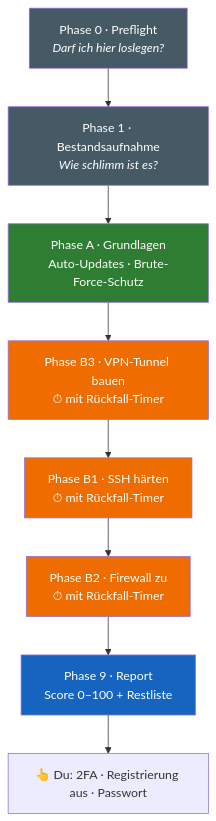
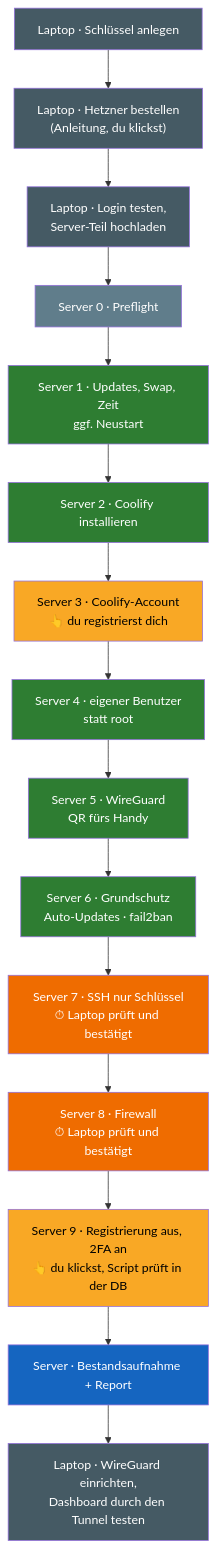
The fourth of 5 diagrams in README.md (oliverhees/coolify-shield), drawn with Mermaid before and after one commit. The commit also changed other lines of this file and 1 other file, not shown here.

Commit message:
docs: README und ANFAENGER auf den Anfänger-Weg (start.sh/start.ps1, --setup, WireGuard, DOCKER-USER) umgestellt

````diff
--- a/README.md
+++ b/README.md
@@ -255,17 +312,32 @@
 ```mermaid
 flowchart TD
-    P0["Phase 0 · Preflight<br/><i>Darf ich hier loslegen?</i>"] --> P1["Phase 1 · Bestandsaufnahme<br/><i>Wie schlimm ist es?</i>"]
-    P1 --> PA["Phase A · Grundlagen<br/>Auto-Updates · Brute-Force-Schutz"]
-    PA --> B3["Phase B3 · VPN-Tunnel bauen<br/>⏱ mit Rückfall-Timer"]
-    B3 --> B1["Phase B1 · SSH härten<br/>⏱ mit Rückfall-Timer"]
-    B1 --> B2["Phase B2 · Firewall zu<br/>⏱ mit Rückfall-Timer"]
-    B2 --> P9["Phase 9 · Report<br/>Score 0–100 + Restliste"]
-    P9 --> DU["👆 Du: 2FA · Registrierung aus · Passwort"]
-    style P0 fill:#455a64,color:#fff
-    style P1 fill:#455a64,color:#fff
-    style PA fill:#2e7d32,color:#fff
-    style B3 fill:#ef6c00,color:#fff
-    style B1 fill:#ef6c00,color:#fff
-    style B2 fill:#ef6c00,color:#fff
-    style P9 fill:#1565c0,color:#fff
+    L1["Laptop · Schlüssel anlegen"] --> L2["Laptop · Hetzner bestellen<br/>(Anleitung, du klickst)"]
+    L2 --> L3["Laptop · Login testen,<br/>Server-Teil hochladen"]
+    L3 --> P0["Server 0 · Preflight"]
+    P0 --> P1["Server 1 · Updates, Swap, Zeit<br/>ggf. Neustart"]
+    P1 --> P2["Server 2 · Coolify installieren"]
+    P2 --> P3["Server 3 · Coolify-Account<br/>👆 du registrierst dich"]
+    P3 --> P4["Server 4 · eigener Benutzer<br/>statt root"]
+    P4 --> P5["Server 5 · WireGuard<br/>QR fürs Handy"]
+    P5 --> P6["Server 6 · Grundschutz<br/>Auto-Updates · fail2ban"]
+    P6 --> P7["Server 7 · SSH nur Schlüssel<br/>⏱ Laptop prüft und bestätigt"]
+    P7 --> P8["Server 8 · Firewall<br/>⏱ Laptop prüft und bestätigt"]
+    P8 --> P9["Server 9 · Registrierung aus, 2FA an<br/>👆 du klickst, Script prüft in der DB"]
+    P9 --> R["Server · Bestandsaufnahme + Report"]
+    R --> L5["Laptop · WireGuard einrichten,<br/>Dashboard durch den Tunnel testen"]
+    style L1 fill:#455a64,color:#fff
+    style L2 fill:#455a64,color:#fff
+    style L3 fill:#455a64,color:#fff
+    style L5 fill:#455a64,color:#fff
+    style P0 fill:#607d8b,color:#fff
+    style P1 fill:#2e7d32,color:#fff
+    style P2 fill:#2e7d32,color:#fff
+    style P3 fill:#f9a825,color:#000
+    style P4 fill:#2e7d32,color:#fff
+    style P5 fill:#2e7d32,color:#fff
+    style P6 fill:#2e7d32,color:#fff
+    style P7 fill:#ef6c00,color:#fff
+    style P8 fill:#ef6c00,color:#fff
+    style P9 fill:#f9a825,color:#000
+    style R fill:#1565c0,color:#fff
 ```
````
